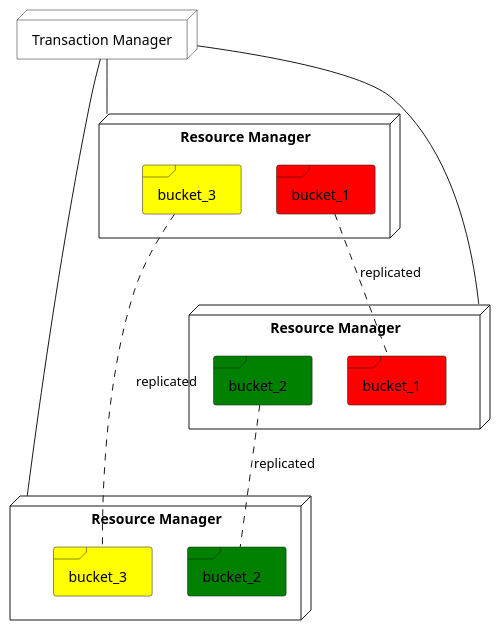
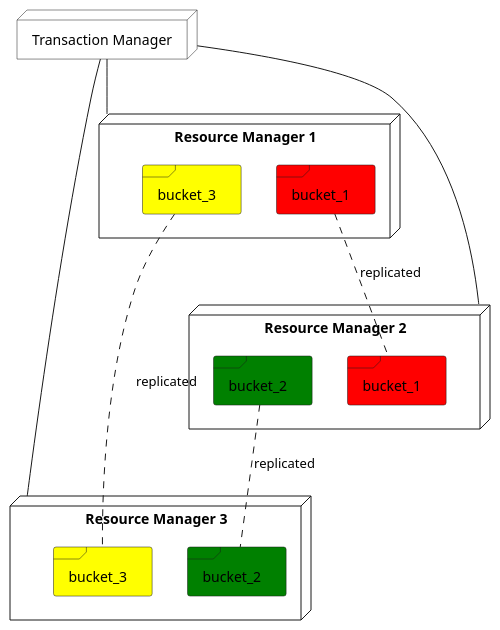
Before and after one commit to nminhquan/account-system: the first of 15 diagrams in README.md, drawn with PlantUML. The commit also changed other lines of this file, not shown here.

````diff
--- a/README.md
+++ b/README.md
@@ -48,25 +50,25 @@
 ```plantuml
 @startuml
 node "Transaction Manager" as node1 #white
-node "Resource Manager" as node2 {
+node "Resource Manager 1" as node2 {
 	frame bucket_1 as A1  #red
 	frame bucket_3 as C1 #yellow
 }
-node "Resource Manager" as node3 {
+node "Resource Manager 2" as node3 {
 	frame bucket_1 as A2 #red
 	frame bucket_2 as B2 #green
 }
-node "Resource Manager" as node4 {
+node "Resource Manager 3" as node4 {
 	frame bucket_2 as B3 #green
 	frame bucket_3 as C3 #yellow
 }
 
 node1 -- node2
 node1 -- node3
 node1 - node4
 
 A1 .. A2: replicated
 B2 .. B3: replicated
 C1 .. C3: replicated
 @endumls
 ```
````
